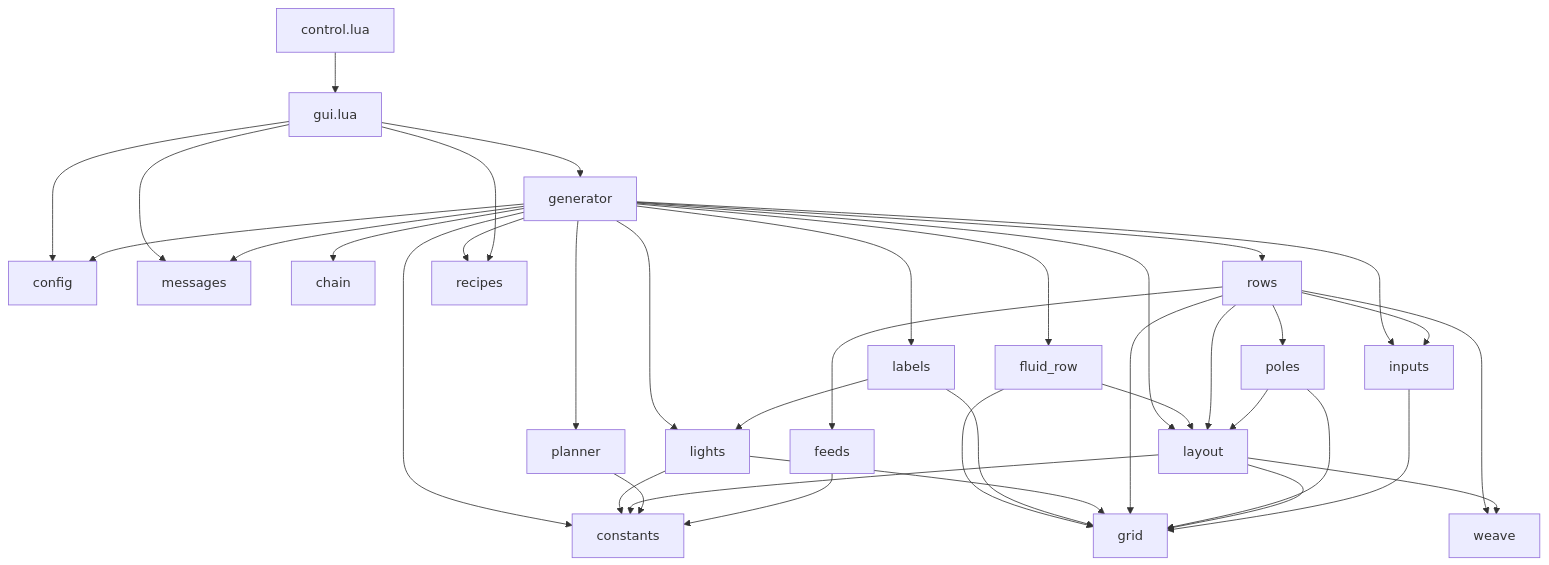
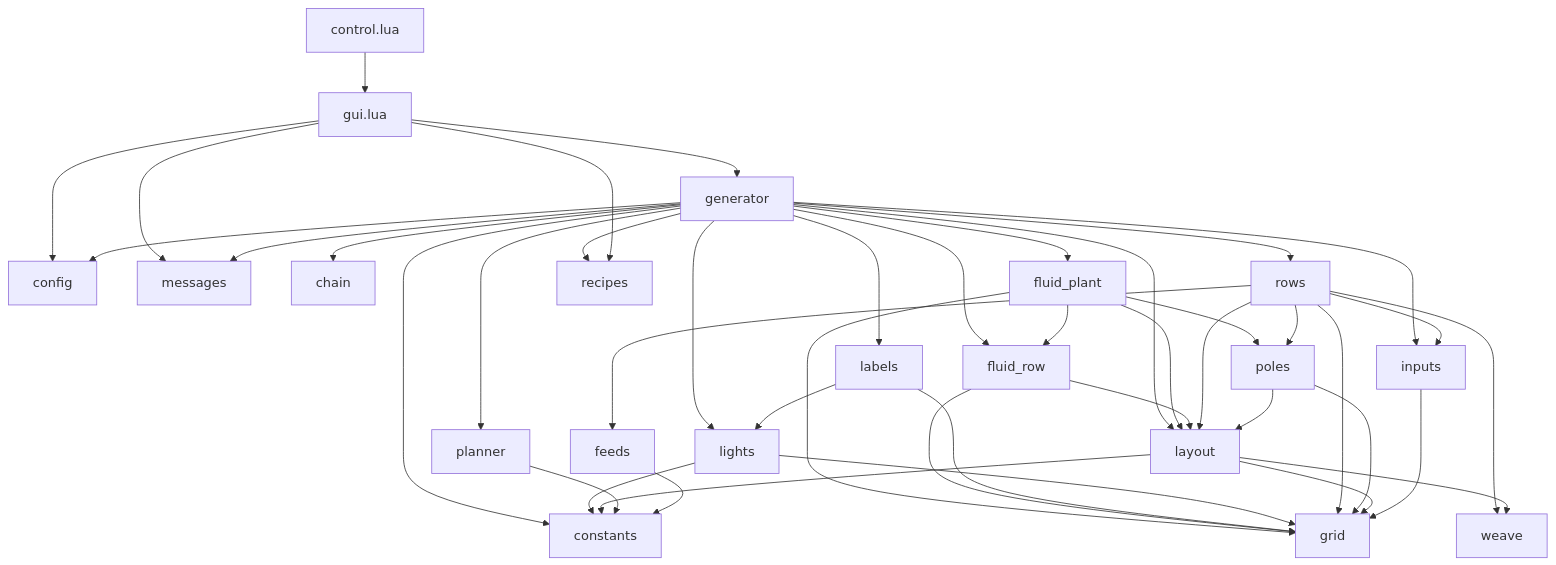
One commit to RibbonedAce/factorio-blueprint-generation changed the second of 6 diagrams in TYPES.md. Above: the diagram before and after it, drawn with Mermaid. The commit also changed other lines of this file and 17 other files, not shown here.

````diff
--- a/TYPES.md
+++ b/TYPES.md
@@ -59,40 +63,45 @@
 ```mermaid
 flowchart TD
   control["control.lua"] --> gui["gui.lua"]
   gui --> generator
   gui --> config
   gui --> messages
   generator --> config
   generator --> constants
   generator --> chain
   generator --> planner
   generator --> layout
   generator --> inputs
   generator --> rows
   generator --> fluid_row
+  generator --> fluid_plant
+  fluid_plant --> fluid_row
+  fluid_plant --> poles
+  fluid_plant --> layout
+  fluid_plant --> grid
   generator --> recipes
   gui --> recipes
   fluid_row --> layout
   fluid_row --> grid
   generator --> labels
   generator --> lights
   labels --> lights
   labels --> grid
   generator --> messages
   lights --> constants
   lights --> grid
   rows --> feeds
   rows --> inputs
   rows --> layout
   rows --> poles
   rows --> weave
   rows --> grid
   poles --> layout
   poles --> grid
   layout --> constants
   layout --> grid
   layout --> weave
   planner --> constants
   feeds --> constants
   inputs --> grid
 ```
````
